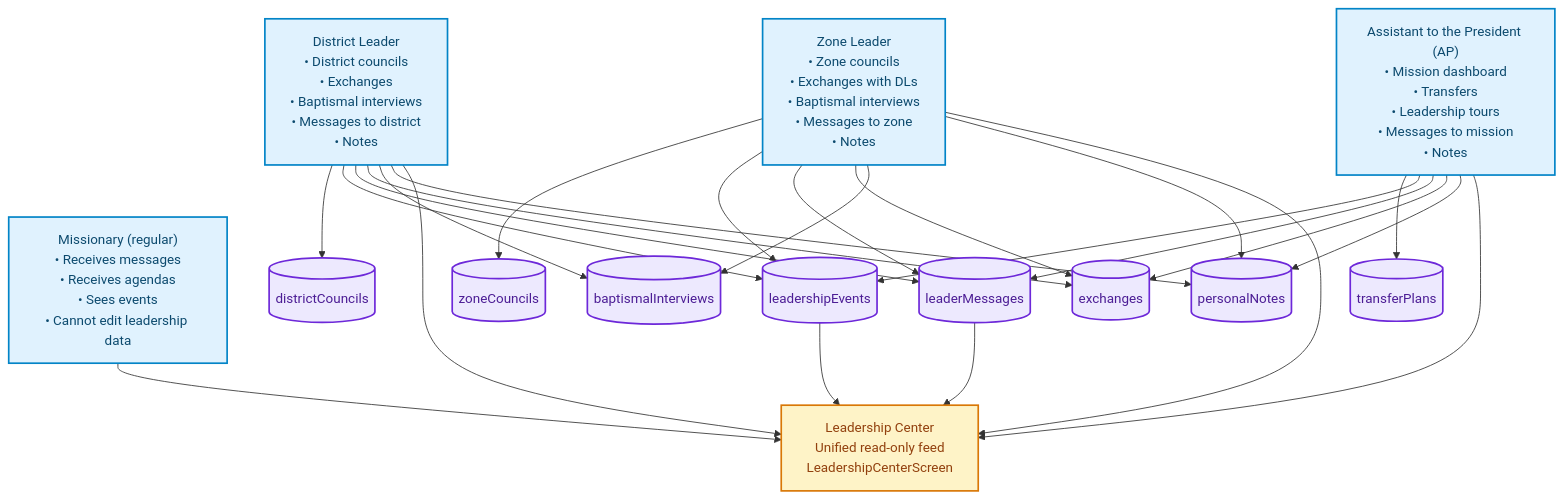
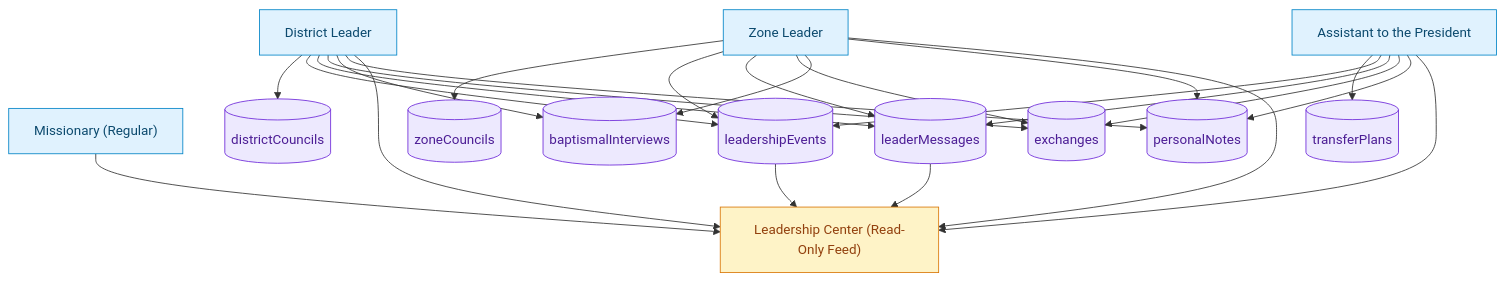
The first of 2 diagrams in README.md (Victordaz07/XtheGospel), drawn with Mermaid before and after one commit. The commit also changed other lines of this file, not shown here.

````diff
--- a/README.md
+++ b/README.md
@@ -178,58 +291,53 @@
 ```mermaid
 flowchart TD
-    %% Roles
-    A1["Missionary (regular)\n• Receives messages\n• Receives agendas\n• Sees events\n• Cannot edit leadership data"]:::role
-    A2["District Leader\n• District councils\n• Exchanges\n• Baptismal interviews\n• Messages to district\n• Notes"]:::role
-    A3["Zone Leader\n• Zone councils\n• Exchanges with DLs\n• Baptismal interviews\n• Messages to zone\n• Notes"]:::role
-    A4["Assistant to the President (AP)\n• Mission dashboard\n• Transfers\n• Leadership tours\n• Messages to mission\n• Notes"]:::role
+    A1["Missionary (Regular)"]:::role
+    A2["District Leader"]:::role
+    A3["Zone Leader"]:::role
+    A4["Assistant to the President"]:::role
 
-    %% Core collections
     B1[(leadershipEvents)]:::db
     B2[(leaderMessages)]:::db
     B3[(districtCouncils)]:::db
     B4[(zoneCouncils)]:::db
     B5[(exchanges)]:::db
     B6[(baptismalInterviews)]:::db
     B7[(transferPlans)]:::db
     B8[(personalNotes)]:::db
 
-    %% Leadership center
-    C1["Leadership Center\nUnified read-only feed\nLeadershipCenterScreen"]:::center
+    C1["Leadership Center (Read-Only Feed)"]:::center
 
-    %% Connections
     A2 --> B3
     A3 --> B4
     A4 --> B7
 
     A2 --> B1
     A3 --> B1
     A4 --> B1
 
     A2 --> B2
     A3 --> B2
     A4 --> B2
 
     A2 --> B5
     A3 --> B5
     A4 --> B5
 
     A2 --> B6
     A3 --> B6
 
     A2 --> B8
     A3 --> B8
     A4 --> B8
 
-    %% Feed
     B1 --> C1
     B2 --> C1
 
     A1 --> C1
     A2 --> C1
     A3 --> C1
     A4 --> C1
 
-    classDef role fill:#e0f2fe,stroke:#0284c7,stroke-width:2px,color:#0c4a6e
-    classDef db fill:#ede9fe,stroke:#6d28d9,stroke-width:2px,color:#4c1d95
-    classDef center fill:#fef3c7,stroke:#d97706,stroke-width:2px,color:#92400e
+    classDef role fill:#e0f2fe,stroke:#0284c7,color:#0c4a6e
+    classDef db fill:#ede9fe,stroke:#6d28d9,color:#4c1d95
+    classDef center fill:#fef3c7,stroke:#d97706,color:#92400e
 ```
````
